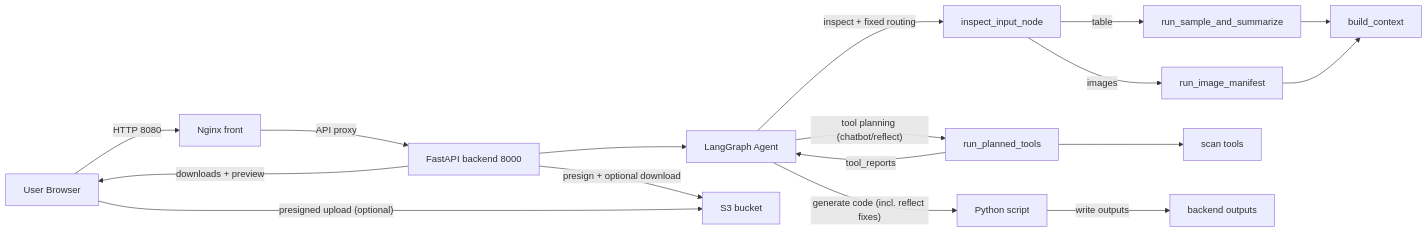
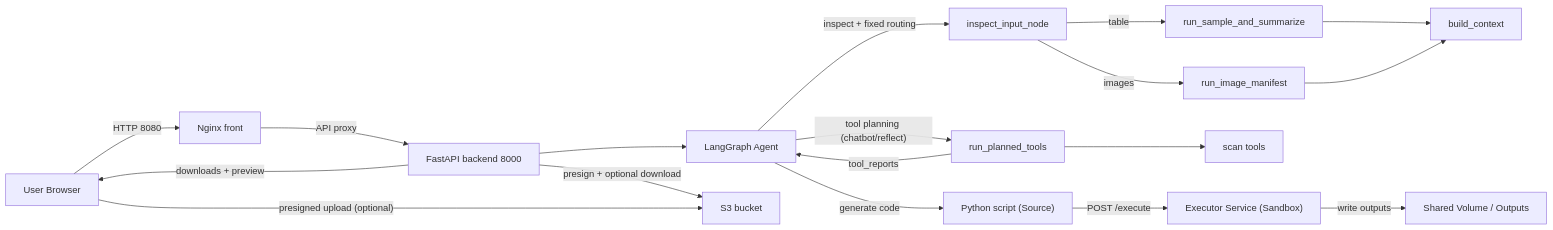
Before and after one commit to sonsukwoo/Data_preprocessing_auto: the first of 3 diagrams in README.md, drawn with Mermaid. The commit also changed other lines of this file and 14 other files, not shown here.

````diff
--- a/README.md
+++ b/README.md
@@ -103,19 +103,23 @@
 ```mermaid
 flowchart LR
   U["User Browser"] -->|"HTTP 8080"| N["Nginx front"]
   N -->|"API proxy"| A["FastAPI backend 8000"]
   A --> G["LangGraph Agent"]
   G -->|"inspect + fixed routing"| T["inspect_input_node"]
   T -->|"table"| S["run_sample_and_summarize"]
   T -->|"images"| IM["run_image_manifest"]
   S --> C["build_context"]
   IM --> C
   G -->|"tool planning (chatbot/reflect)"| TP["run_planned_tools"]
   TP --> TOOL["scan tools"]
   TP -->|"tool_reports"| G
-  G -->|"generate code (incl. reflect fixes)"| P["Python script"]
-  P -->|"write outputs"| O["backend outputs"]
+  G -->|"generate code"| P["Python script (Source)"]
+  
+  %% Executor Integration
+  P -->|"POST /execute"| E["Executor Service (Sandbox)"]
+  E -->|"write outputs"| O["Shared Volume / Outputs"]
+  
   A -->|"downloads + preview"| U
   A -->|"presign + optional download"| S3["S3 bucket"]
   U -->|"presigned upload (optional)"| S3
 ```
````
